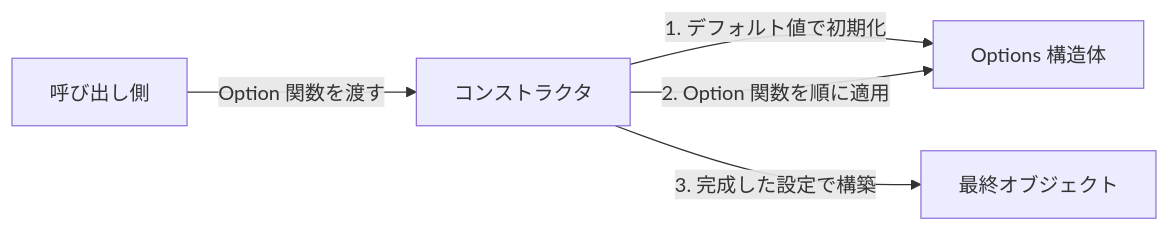
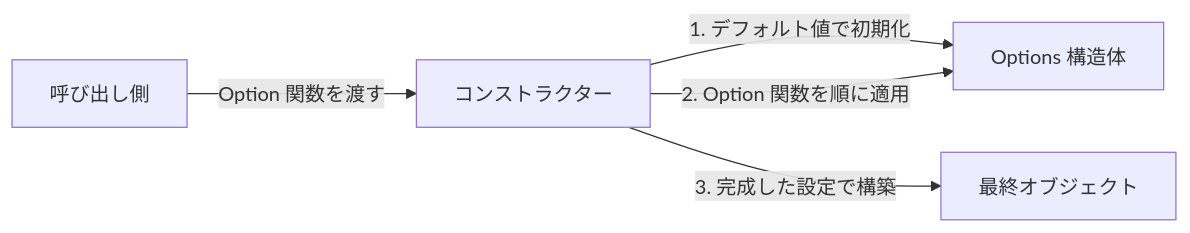
One commit to yoichiozaki/yoichiozaki.github.io changed the first of 6 diagrams in content/blog/ja/options-pattern.mdx. Above: the diagram before and after it, drawn with Mermaid. The commit also changed other lines of this file and 117 other files, not shown here.

````diff
--- a/content/blog/ja/options-pattern.mdx
+++ b/content/blog/ja/options-pattern.mdx
@@ -109,7 +109,7 @@
 ```mermaid
 graph LR
-    A["呼び出し側"] -->|"Option 関数を渡す"| B["コンストラクタ"]
+    A["呼び出し側"] -->|"Option 関数を渡す"| B["コンストラクター"]
     B -->|"1. デフォルト値で初期化"| C["Options 構造体"]
     B -->|"2. Option 関数を順に適用"| C
     B -->|"3. 完成した設定で構築"| D["最終オブジェクト"]
 ```
````
